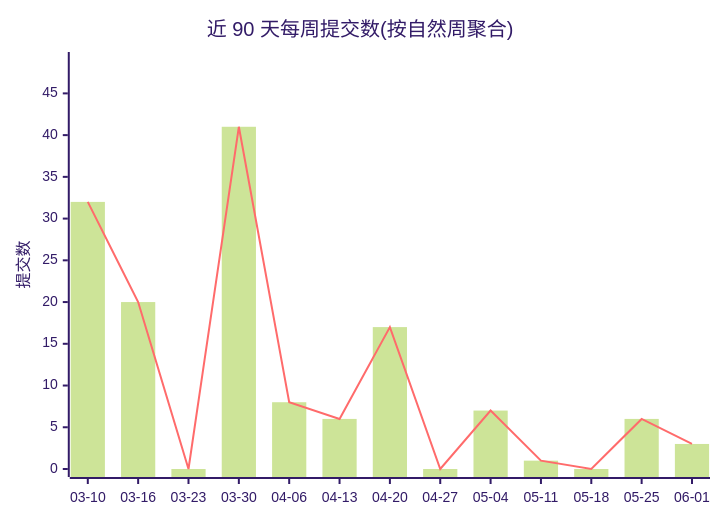
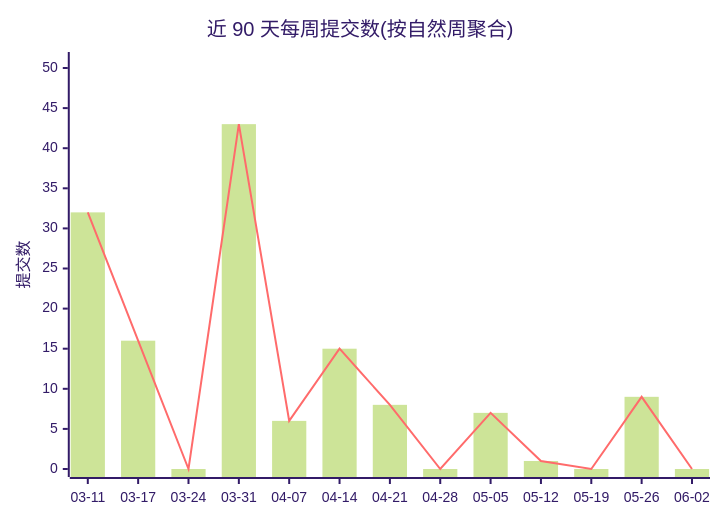
One commit to Conflux-Union/.github changed the first of 2 diagrams in profile/README.md. Above: the diagram before and after it, drawn with Mermaid (forest theme). The commit also changed other lines of this file and 1 other file, not shown here.

````diff
--- a/profile/README.md
+++ b/profile/README.md
@@ -44,8 +44,8 @@
 ```mermaid
 xychart-beta
     title "近 90 天每周提交数(按自然周聚合)"
-    x-axis ["03-10", "03-16", "03-23", "03-30", "04-06", "04-13", "04-20", "04-27", "05-04", "05-11", "05-18", "05-25", "06-01"]
-    y-axis "提交数" 0 --> 49
-    bar [32, 20, 0, 41, 8, 6, 17, 0, 7, 1, 0, 6, 3]
-    line [32, 20, 0, 41, 8, 6, 17, 0, 7, 1, 0, 6, 3]
+    x-axis ["03-11", "03-17", "03-24", "03-31", "04-07", "04-14", "04-21", "04-28", "05-05", "05-12", "05-19", "05-26", "06-02"]
+    y-axis "提交数" 0 --> 51
+    bar [32, 16, 0, 43, 6, 15, 8, 0, 7, 1, 0, 9, 0]
+    line [32, 16, 0, 43, 6, 15, 8, 0, 7, 1, 0, 9, 0]
 ```
````
